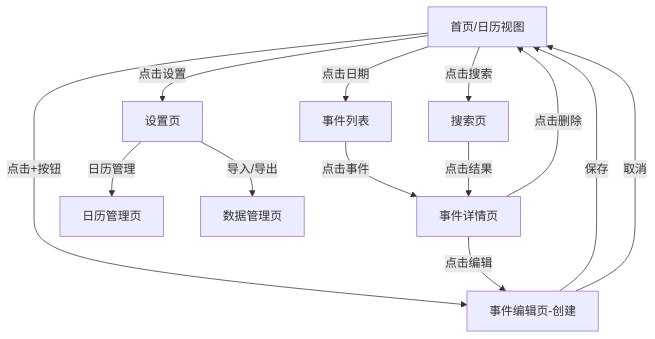
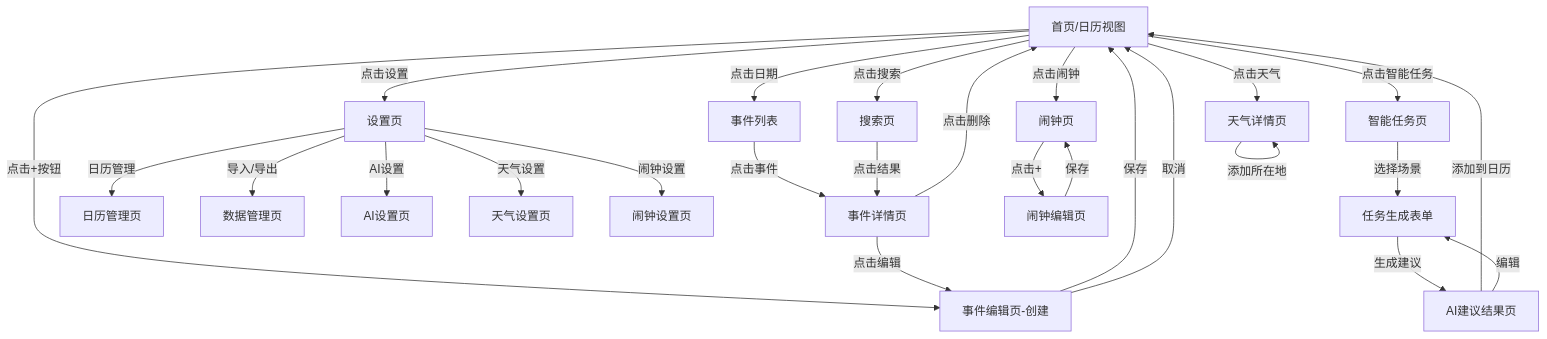
One commit to hbtslcx-cc/calendar-app changed the first of 2 diagrams in .trae/documents/prd.md. Above: the diagram before and after it, drawn with Mermaid. The commit also changed other lines of this file and 35 other files, not shown here.

````diff
--- a/.trae/documents/prd.md
+++ b/.trae/documents/prd.md
@@ -96,15 +585,29 @@
 ```mermaid
 graph TD
     A[首页/日历视图] -->|点击日期| B[事件列表]
-    A -->|点击搜索| C[搜索页]
-    A -->|点击设置| D[设置页]
-    A -->|点击+按钮| E[事件编辑页-创建]
-    B -->|点击事件| F[事件详情页]
-    F -->|点击编辑| E
-    F -->|点击删除| A
-    C -->|点击结果| F
-    D -->|日历管理| G[日历管理页]
-    D -->|导入/导出| H[数据管理页]
-    E -->|保存| A
-    E -->|取消| A
+    A -->|点击天气| C[天气详情页]
+    A -->|点击搜索| D[搜索页]
+    A -->|点击设置| E[设置页]
+    A -->|点击+按钮| F[事件编辑页-创建]
+    A -->|点击智能任务| G[智能任务页]
+    A -->|点击闹钟| H[闹钟页]
+    B -->|点击事件| I[事件详情页]
+    I -->|点击编辑| F
+    I -->|点击删除| A
+    D -->|点击结果| I
+    E -->|日历管理| J[日历管理页]
+    E -->|导入/导出| K[数据管理页]
+    E -->|AI设置| L[AI设置页]
+    E -->|天气设置| M[天气设置页]
+    E -->|闹钟设置| N[闹钟设置页]
+    G -->|选择场景| O[任务生成表单]
+    O -->|生成建议| P[AI建议结果页]
+    P -->|添加到日历| A
+    P -->|编辑| O
+    H -->|点击+| Q[闹钟编辑页]
+    Q -->|保存| H
+    F -->|保存| A
+    F -->|取消| A
+    C -->|添加城市| C
+    C -->|添加所在地| C
 ```
````
